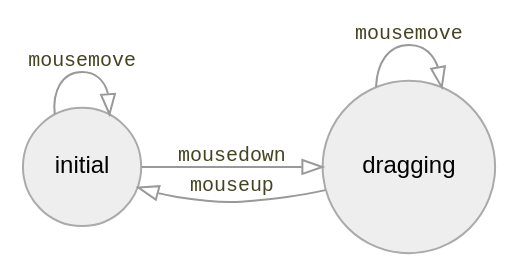
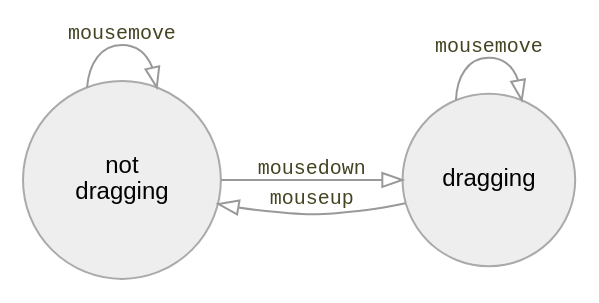
The second of 7 diagrams in index.org (redblobgames/making-of-draggable), drawn with Graphviz before and after one commit. The commit also changed other lines of this file and 2 other files, not shown here.

Commit message:
Feat: improve diagrams

```diff
--- a/index.org
+++ b/index.org
@@ -60,12 +60,12 @@
 #+begin_src dot :file build/mouse-local.svg :exports results
 digraph {
     node [fontname=Helvetica, fontsize=12, shape=circle, style=filled, color="#aaaaaa", fillcolor="#eeeeee"];
     edge [fontname=Courier, fontsize=10, fontcolor="#444422", color="#999999", fillcolor="#ffffff"];
     
     rankdir=LR;
-    initial -> initial [label = "mousemove"];
-    initial -> dragging [label = "mousedown"];
+    "not\ndragging" -> "not\ndragging" [label = "mousemove"];
+    "not\ndragging" -> dragging [label = "mousedown"];
     dragging -> dragging [label = "mousemove"];
-    dragging -> initial [label = "mouseup"];
+    dragging -> "not\ndragging" [label = "mouseup"];
 }
 #+end_src
```
